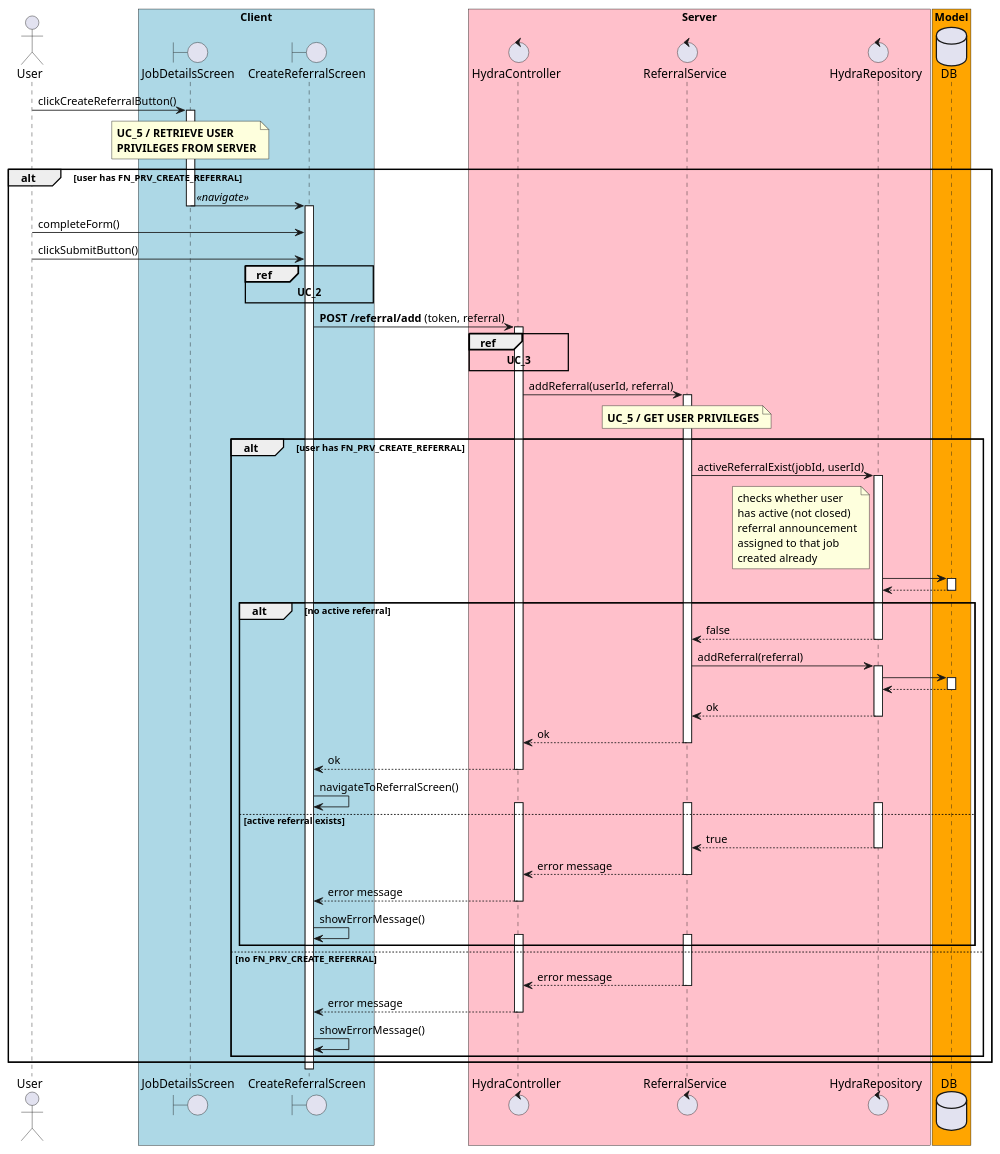
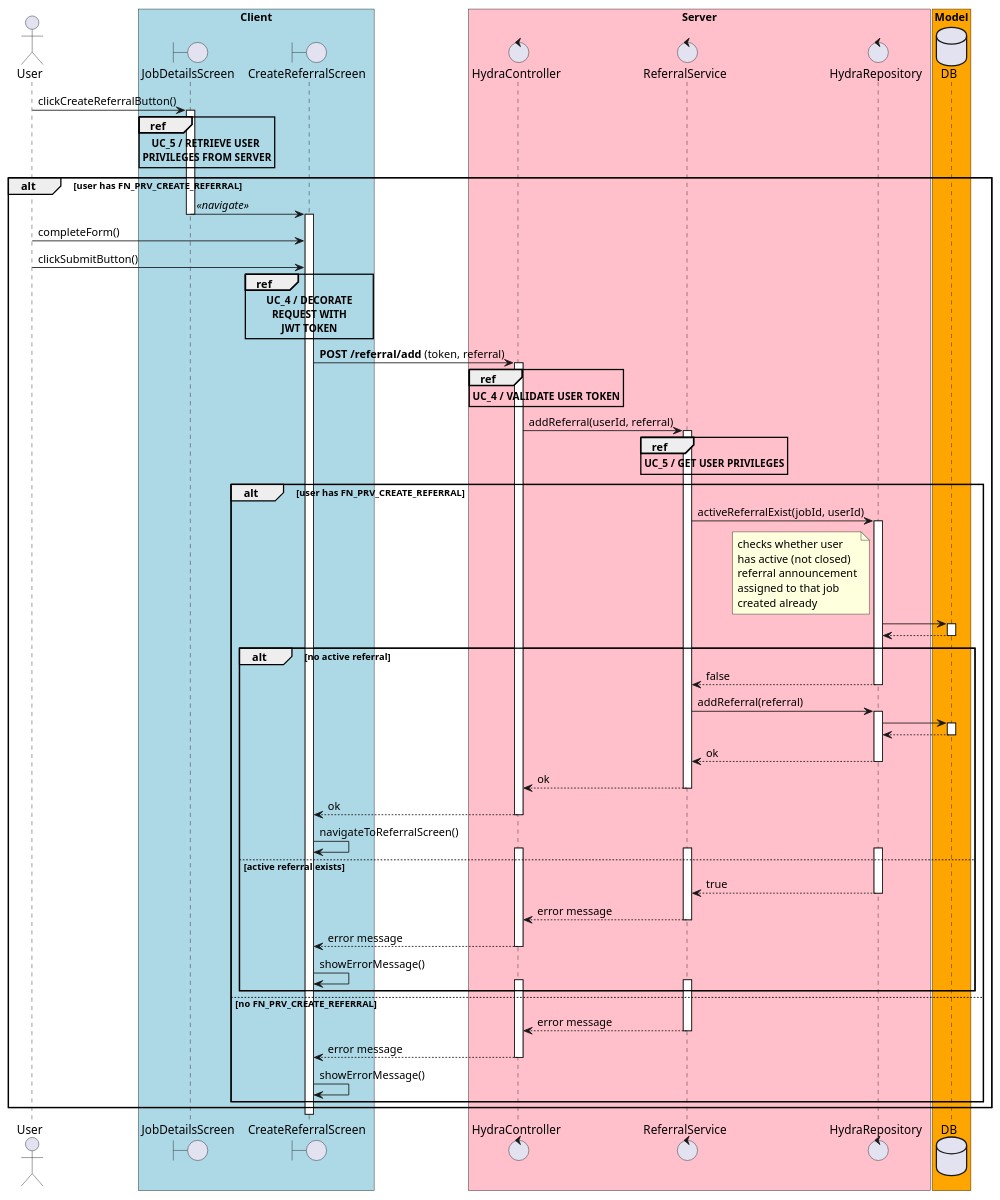
Before and after one commit to poznas/hydra-aimo: the diagram in sequence_diagram_referral_add.puml, drawn with PlantUML. The commit also changed 16 other files, not shown here.

Commit message:
refactor UC_2, UC_3 to UC_4 nested sequence groups

```diff
--- a/sequence_diagram_referral_add.puml
+++ b/sequence_diagram_referral_add.puml
@@ -1,114 +1,114 @@
 @startuml
 actor User
 boundary JobDetailsScreen
 boundary CreateReferralScreen
 control HydraController
 control ReferralService
 control HydraRepository
 
 database DB
 
 box "Client" #LightBlue
 participant JobDetailsScreen
 participant CreateReferralScreen
 end box
 
 box "Server" #Pink
 control HydraController
 control ReferralService
 control HydraRepository
 end box
 
 box "Model" #Orange
 participant DB
 end box
 
 User -> JobDetailsScreen : clickCreateReferralButton()
 activate JobDetailsScreen
 
-note over JobDetailsScreen : **UC_5 / RETRIEVE USER **\n**PRIVILEGES FROM SERVER**
+ref over JobDetailsScreen : **UC_5 / RETRIEVE USER **\n**PRIVILEGES FROM SERVER**
 
 alt user has FN_PRV_CREATE_REFERRAL
 
     JobDetailsScreen -> CreateReferralScreen : //<< navigate >>//
     deactivate JobDetailsScreen
     activate CreateReferralScreen
 
     User -> CreateReferralScreen : completeForm()
     User -> CreateReferralScreen : clickSubmitButton()
 
-    ref over CreateReferralScreen : **UC_2**
+    ref over CreateReferralScreen : **UC_4 / DECORATE**\n**REQUEST WITH**\n**JWT TOKEN**
     CreateReferralScreen -> HydraController : **POST /referral/add** (token, referral)
-    ref over HydraController : **UC_3**
+    ref over HydraController : **UC_4 / VALIDATE USER TOKEN**
 
     activate HydraController
     HydraController -> ReferralService : addReferral(userId, referral)
-    note over ReferralService : **UC_5 / GET USER PRIVILEGES**
+    ref over ReferralService : **UC_5 / GET USER PRIVILEGES**
     activate ReferralService
 
     alt user has FN_PRV_CREATE_REFERRAL
 
         ReferralService -> HydraRepository : activeReferralExist(jobId, userId)
         note left of HydraRepository
             checks whether user
             has active (not closed)
             referral announcement
             assigned to that job
             created already
         end note
         activate HydraRepository
         HydraRepository -> DB
         activate DB
         DB --> HydraRepository
         deactivate DB
 
         alt no active referral
             HydraRepository --> ReferralService : false
             deactivate HydraRepository
 
             ReferralService -> HydraRepository : addReferral(referral)
             activate HydraRepository
             HydraRepository -> DB
             activate DB
             DB --> HydraRepository
             deactivate DB
             HydraRepository --> ReferralService : ok
             deactivate HydraRepository
             ReferralService --> HydraController : ok
             deactivate ReferralService
             HydraController --> CreateReferralScreen : ok
             deactivate HydraController
 
             CreateReferralScreen -> CreateReferralScreen : navigateToReferralScreen()
 
         else active referral exists
         activate HydraRepository
         activate ReferralService
         activate HydraController
         HydraRepository --> ReferralService : true
         deactivate HydraRepository
 
         ReferralService --> HydraController : error message
         deactivate ReferralService
         HydraController --> CreateReferralScreen : error message
         deactivate HydraController
         CreateReferralScreen -> CreateReferralScreen : showErrorMessage()
 
         activate ReferralService
         activate HydraController
 
         end
 
     else no FN_PRV_CREATE_REFERRAL
 
         ReferralService --> HydraController : error message
         deactivate ReferralService
         HydraController --> CreateReferralScreen : error message
         deactivate HydraController
         CreateReferralScreen -> CreateReferralScreen : showErrorMessage()
 
     end
 
 end
 
 @enduml
```
